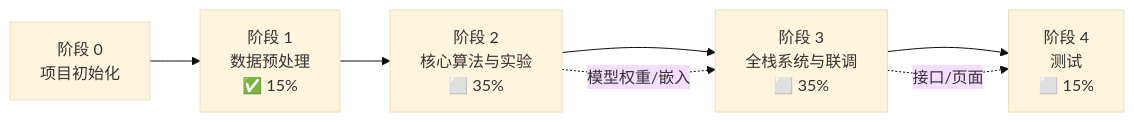
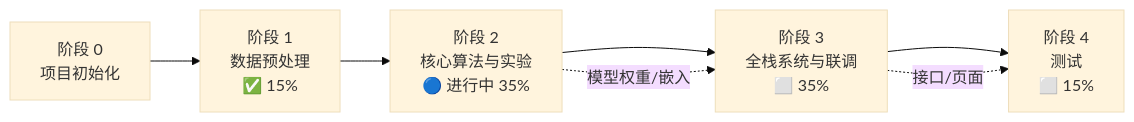
One commit to zarbzarb/animes changed the diagram in docs/progress.md. Above: the diagram before and after it, drawn with Mermaid (base theme). The commit also changed other lines of this file and 3 other files, not shown here.

````diff
--- a/docs/progress.md
+++ b/docs/progress.md
@@ -20,9 +21,9 @@
 ```mermaid
 flowchart LR
     S0["阶段 0<br/>项目初始化"] --> S1["阶段 1<br/>数据预处理<br/>✅ 15%"]
-    S1 --> S2["阶段 2<br/>核心算法与实验<br/>⬜ 35%"]
+    S1 --> S2["阶段 2<br/>核心算法与实验<br/>🔵 进行中 35%"]
     S2 --> S3["阶段 3<br/>全栈系统与联调<br/>⬜ 35%"]
     S3 --> S4["阶段 4<br/>测试<br/>⬜ 15%"]
     S2 -.模型权重/嵌入.-> S3
     S3 -.接口/页面.-> S4
 ```
````
